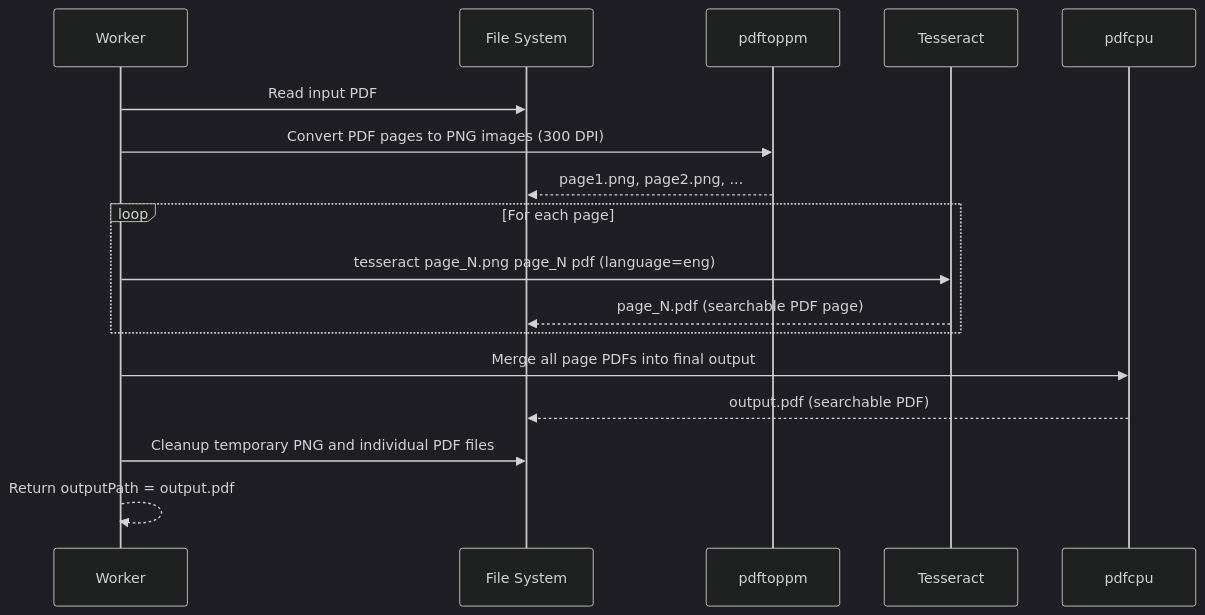
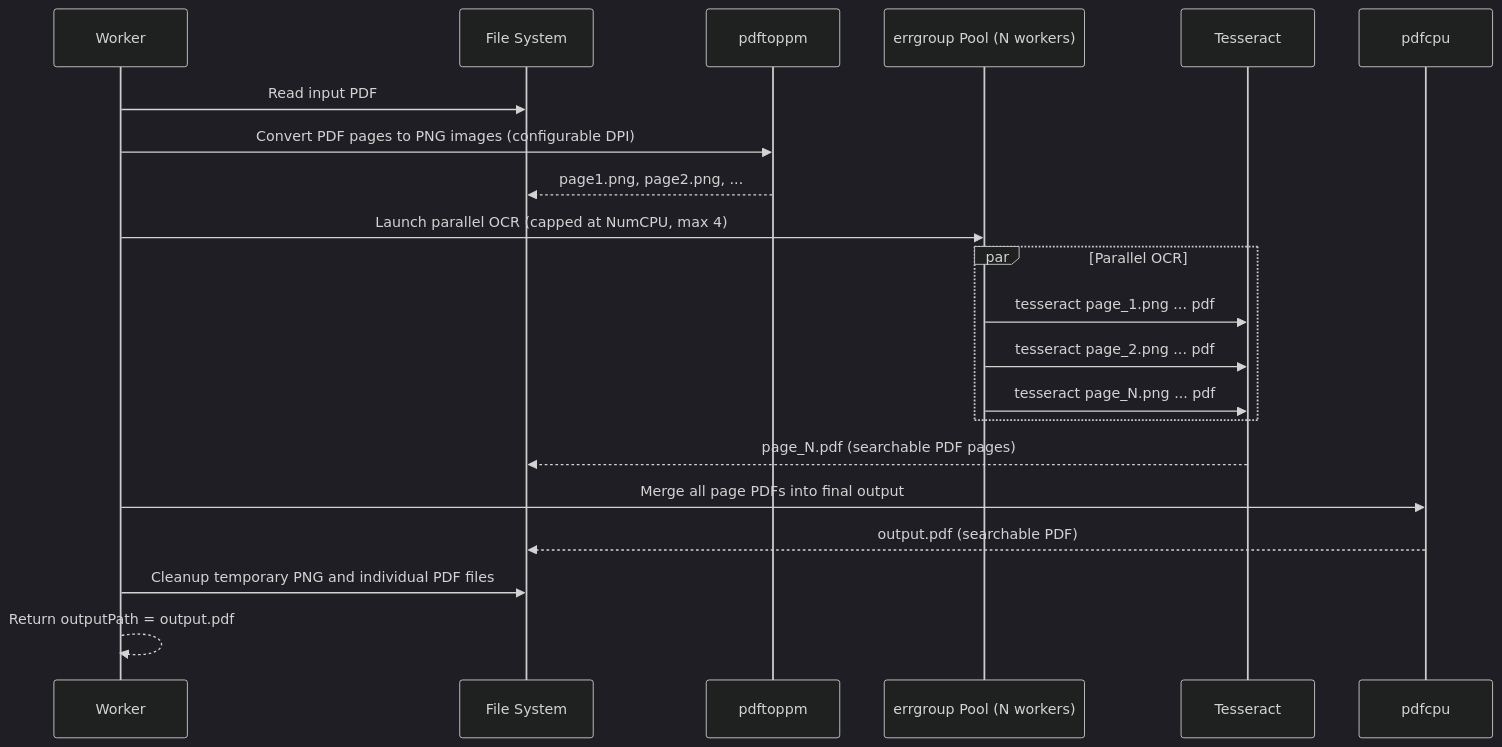
Before and after one commit to Prachidubey2003/fyredocs_backend: the second of 4 diagrams in docs/services/OPTIMIZE_PDF.md, drawn with Mermaid (dark theme). The commit also changed other lines of this file and 12 other files, not shown here.

````diff
--- a/docs/services/OPTIMIZE_PDF.md
+++ b/docs/services/OPTIMIZE_PDF.md
@@ -233,22 +234,26 @@
 ```mermaid
 sequenceDiagram
     participant W as Worker
     participant FS as File System
     participant PP as pdftoppm
+    participant Pool as errgroup Pool (N workers)
     participant TS as Tesseract
     participant PC as pdfcpu
 
     W->>FS: Read input PDF
-    W->>PP: Convert PDF pages to PNG images (300 DPI)
+    W->>PP: Convert PDF pages to PNG images (configurable DPI)
     PP-->>FS: page1.png, page2.png, ...
 
-    loop For each page
-        W->>TS: tesseract page_N.png page_N pdf (language=eng)
-        TS-->>FS: page_N.pdf (searchable PDF page)
+    W->>Pool: Launch parallel OCR (capped at NumCPU, max 4)
+    par Parallel OCR
+        Pool->>TS: tesseract page_1.png ... pdf
+        Pool->>TS: tesseract page_2.png ... pdf
+        Pool->>TS: tesseract page_N.png ... pdf
     end
+    TS-->>FS: page_N.pdf (searchable PDF pages)
 
     W->>PC: Merge all page PDFs into final output
     PC-->>FS: output.pdf (searchable PDF)
     W->>FS: Cleanup temporary PNG and individual PDF files
     W-->>W: Return outputPath = output.pdf
 ```
````
